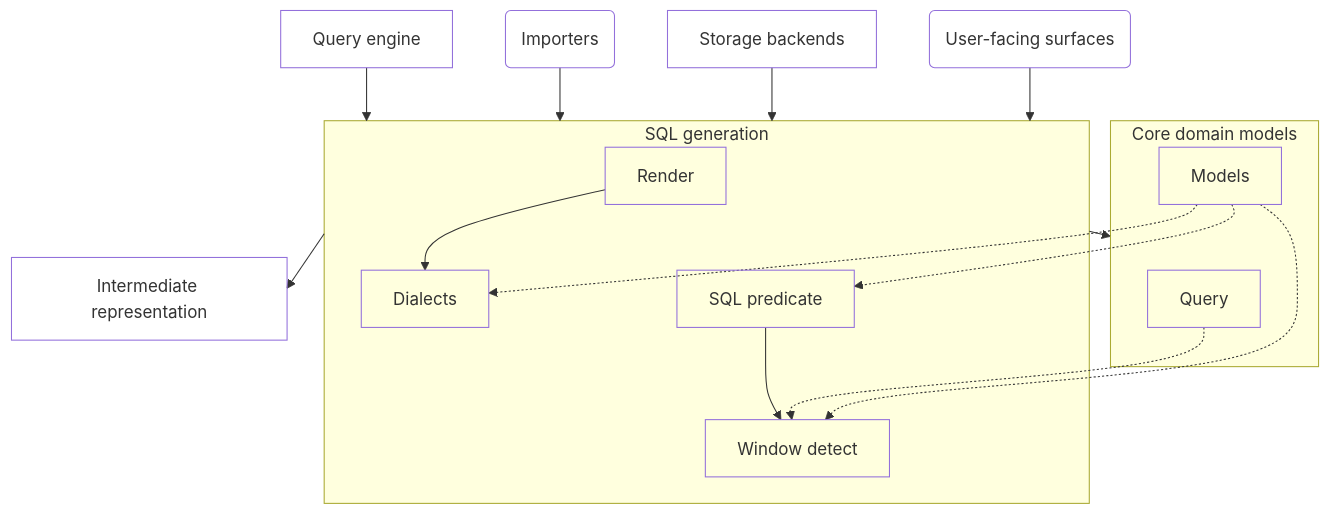
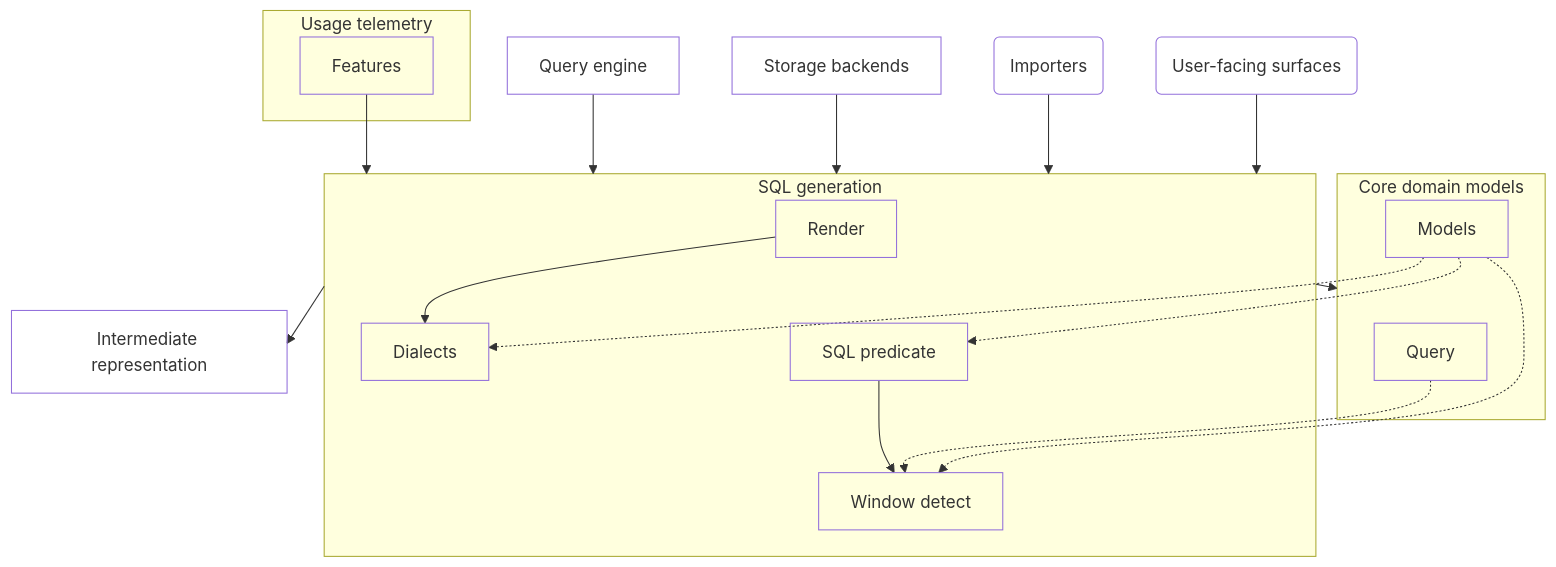
The diagram in architecture/sql.arc42.md (MotleyAI/slayer), drawn with Mermaid before and after one commit. The commit also changed 5 other files, not shown here.

Commit message:
Architecture: telemetry node, its arc42 principles, regenerated diagrams

````diff
--- a/architecture/sql.arc42.md
+++ b/architecture/sql.arc42.md
@@ -17,33 +17,37 @@
 ```mermaid
 flowchart TD
   %% sql_focus: SQL generation in context
   subgraph core["Core domain models"]
     core__query["Query"]
     core__models["Models"]
   end
   subgraph sql["SQL generation"]
     sql__render["Render"]
     sql__dialects["Dialects"]
     sql__sql_predicate["SQL predicate"]
     sql__window_detect["Window detect"]
   end
   engine["Query engine"]
   ir["Intermediate representation"]
   storage["Storage backends"]
   importers("Importers")
+  subgraph telemetry["Usage telemetry"]
+    telemetry__features["Features"]
+  end
   surfaces("User-facing surfaces")
   core__models -.-> sql__dialects
   core__models -.-> sql__sql_predicate
   core__models -.-> sql__window_detect
   core__query -.-> sql__window_detect
   sql__render --> sql__dialects
   sql__sql_predicate --> sql__window_detect
   engine --> sql
   importers --> sql
   sql --> core
   sql --> ir
   storage --> sql
   surfaces --> sql
+  telemetry__features --> sql
   classDef leaf fill:none;
-  class core__query,core__models,sql__render,sql__dialects,sql__sql_predicate,sql__window_detect,engine,ir,storage,importers,surfaces leaf;
+  class core__query,core__models,sql__render,sql__dialects,sql__sql_predicate,sql__window_detect,engine,ir,storage,importers,telemetry__features,surfaces leaf;
 ```
````
